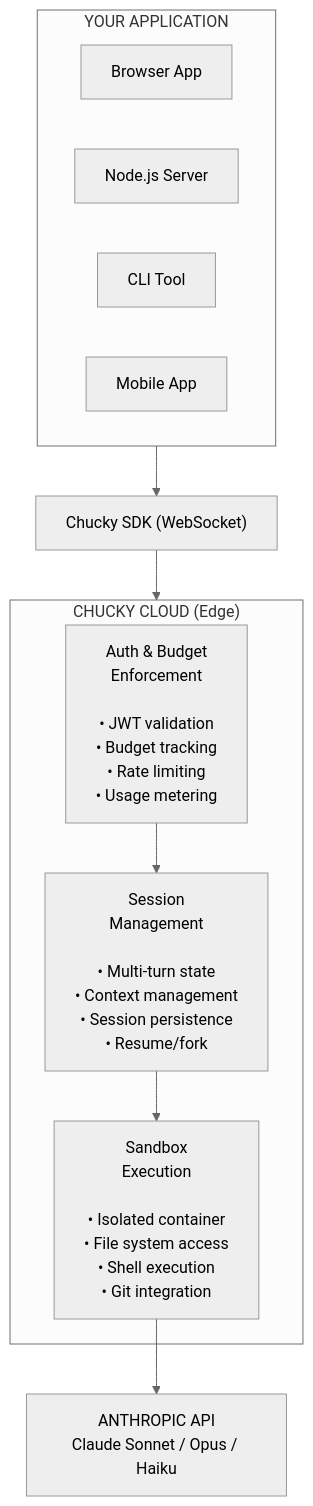
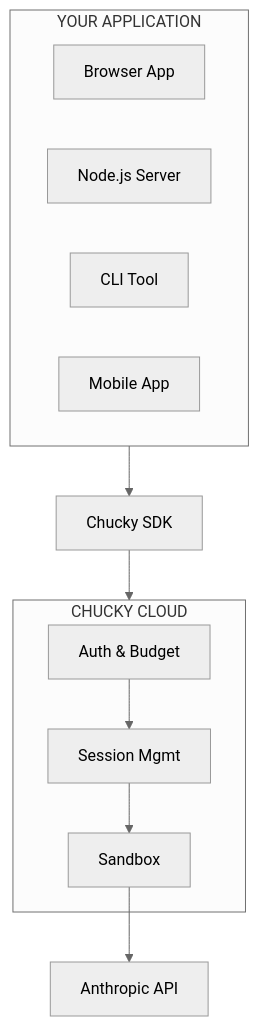
The first of 3 diagrams in architecture.mdx (centyso-dev/docs), drawn with Mermaid (neutral theme) before and after one commit. The commit also changed other lines of this file and 6 other files, not shown here.

First line of the commit message:
fix: simplify Mermaid diagrams - remove unsupported \n

````diff
--- a/architecture.mdx
+++ b/architecture.mdx
@@ -10,26 +10,26 @@
 ```mermaid
 flowchart TB
     subgraph app["YOUR APPLICATION"]
         direction LR
         browser["Browser App"]
         node["Node.js Server"]
         cli["CLI Tool"]
         mobile["Mobile App"]
     end
 
-    sdk["Chucky SDK (WebSocket)"]
+    sdk["Chucky SDK"]
 
-    subgraph cloud["CHUCKY CLOUD (Edge)"]
-        auth["Auth & Budget\nEnforcement\n\n• JWT validation\n• Budget tracking\n• Rate limiting\n• Usage metering"]
-        session["Session\nManagement\n\n• Multi-turn state\n• Context management\n• Session persistence\n• Resume/fork"]
-        sandbox["Sandbox\nExecution\n\n• Isolated container\n• File system access\n• Shell execution\n• Git integration"]
+    subgraph cloud["CHUCKY CLOUD"]
+        auth["Auth & Budget"]
+        session["Session Mgmt"]
+        sandbox["Sandbox"]
 
         auth --> session --> sandbox
     end
 
-    anthropic["ANTHROPIC API\nClaude Sonnet / Opus / Haiku"]
+    anthropic["Anthropic API"]
 
     app --> sdk
     sdk --> cloud
     sandbox --> anthropic
 ```
````
